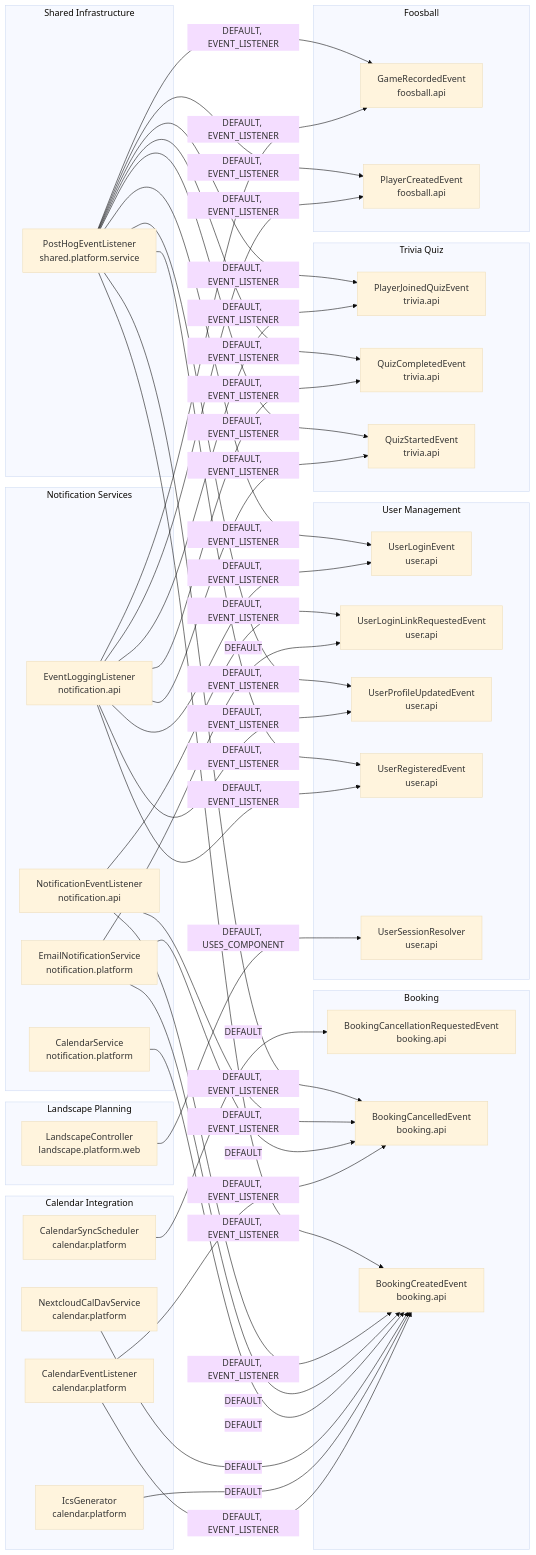
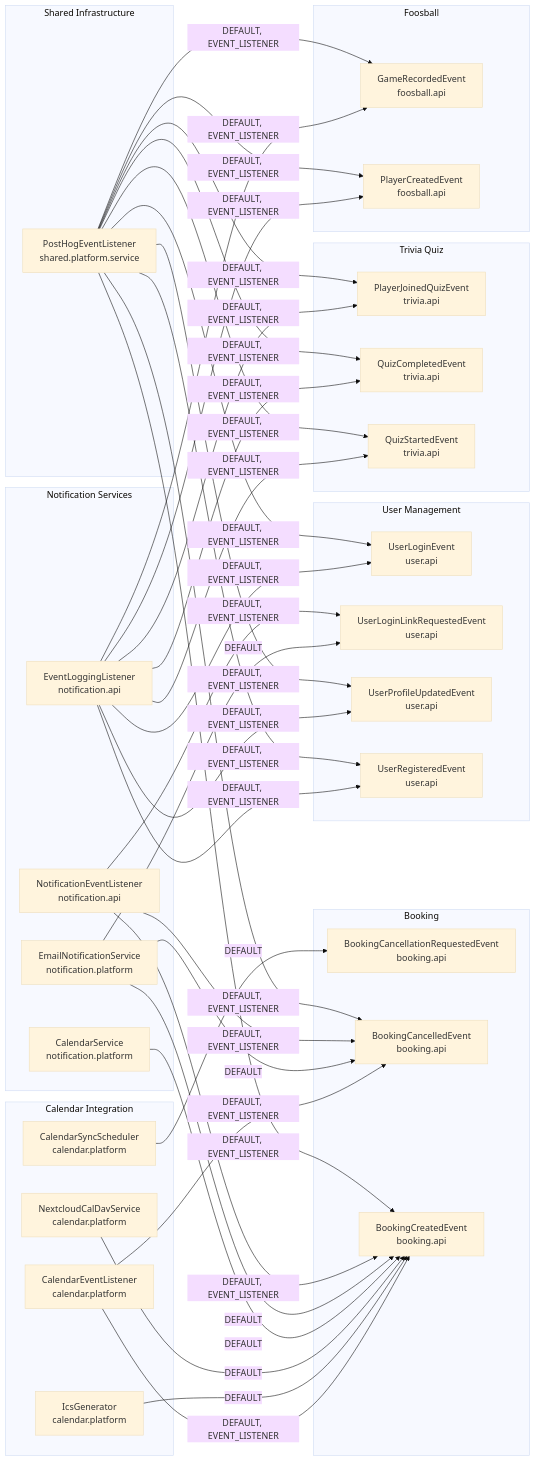
Before and after one commit to SnapPetal/PersonalWeb: the diagram in docs/modulith-class-dependencies.md, drawn with Mermaid (base theme). The commit also changed 27 other files, not shown here.

````diff
--- a/docs/modulith-class-dependencies.md
+++ b/docs/modulith-class-dependencies.md
@@ -5,73 +5,68 @@
 ```mermaid
 flowchart LR
   subgraph Booking["Booking"]
     biz_thonbecker_personal_booking_api_BookingCancellationRequestedEvent["BookingCancellationRequestedEvent<br/>booking.api"]
     biz_thonbecker_personal_booking_api_BookingCancelledEvent["BookingCancelledEvent<br/>booking.api"]
     biz_thonbecker_personal_booking_api_BookingCreatedEvent["BookingCreatedEvent<br/>booking.api"]
   end
   subgraph Calendar_Integration["Calendar Integration"]
     biz_thonbecker_personal_calendar_platform_CalendarEventListener["CalendarEventListener<br/>calendar.platform"]
     biz_thonbecker_personal_calendar_platform_CalendarSyncScheduler["CalendarSyncScheduler<br/>calendar.platform"]
     biz_thonbecker_personal_calendar_platform_IcsGenerator["IcsGenerator<br/>calendar.platform"]
     biz_thonbecker_personal_calendar_platform_NextcloudCalDavService["NextcloudCalDavService<br/>calendar.platform"]
   end
   subgraph Foosball["Foosball"]
     biz_thonbecker_personal_foosball_api_GameRecordedEvent["GameRecordedEvent<br/>foosball.api"]
     biz_thonbecker_personal_foosball_api_PlayerCreatedEvent["PlayerCreatedEvent<br/>foosball.api"]
-  end
-  subgraph Landscape_Planning["Landscape Planning"]
-    biz_thonbecker_personal_landscape_platform_web_LandscapeController["LandscapeController<br/>landscape.platform.web"]
   end
   subgraph Notification_Services["Notification Services"]
     biz_thonbecker_personal_notification_platform_CalendarService["CalendarService<br/>notification.platform"]
     biz_thonbecker_personal_notification_platform_EmailNotificationService["EmailNotificationService<br/>notification.platform"]
     biz_thonbecker_personal_notification_api_EventLoggingListener["EventLoggingListener<br/>notification.api"]
     biz_thonbecker_personal_notification_api_NotificationEventListener["NotificationEventListener<br/>notification.api"]
   end
   subgraph Shared_Infrastructure["Shared Infrastructure"]
     biz_thonbecker_personal_shared_platform_service_PostHogEventListener["PostHogEventListener<br/>shared.platform.service"]
   end
   subgraph Trivia_Quiz["Trivia Quiz"]
     biz_thonbecker_personal_trivia_api_PlayerJoinedQuizEvent["PlayerJoinedQuizEvent<br/>trivia.api"]
     biz_thonbecker_personal_trivia_api_QuizCompletedEvent["QuizCompletedEvent<br/>trivia.api"]
     biz_thonbecker_personal_trivia_api_QuizStartedEvent["QuizStartedEvent<br/>trivia.api"]
   end
   subgraph User_Management["User Management"]
     biz_thonbecker_personal_user_api_UserLoginEvent["UserLoginEvent<br/>user.api"]
     biz_thonbecker_personal_user_api_UserLoginLinkRequestedEvent["UserLoginLinkRequestedEvent<br/>user.api"]
     biz_thonbecker_personal_user_api_UserProfileUpdatedEvent["UserProfileUpdatedEvent<br/>user.api"]
     biz_thonbecker_personal_user_api_UserRegisteredEvent["UserRegisteredEvent<br/>user.api"]
-    biz_thonbecker_personal_user_api_UserSessionResolver["UserSessionResolver<br/>user.api"]
   end
   biz_thonbecker_personal_calendar_platform_CalendarEventListener -->|"DEFAULT, EVENT_LISTENER"| biz_thonbecker_personal_booking_api_BookingCancelledEvent
   biz_thonbecker_personal_calendar_platform_CalendarEventListener -->|"DEFAULT, EVENT_LISTENER"| biz_thonbecker_personal_booking_api_BookingCreatedEvent
   biz_thonbecker_personal_calendar_platform_CalendarSyncScheduler -->|"DEFAULT"| biz_thonbecker_personal_booking_api_BookingCancellationRequestedEvent
   biz_thonbecker_personal_calendar_platform_IcsGenerator -->|"DEFAULT"| biz_thonbecker_personal_booking_api_BookingCreatedEvent
   biz_thonbecker_personal_calendar_platform_NextcloudCalDavService -->|"DEFAULT"| biz_thonbecker_personal_booking_api_BookingCreatedEvent
-  biz_thonbecker_personal_landscape_platform_web_LandscapeController -->|"DEFAULT, USES_COMPONENT"| biz_thonbecker_personal_user_api_UserSessionResolver
   biz_thonbecker_personal_notification_platform_CalendarService -->|"DEFAULT"| biz_thonbecker_personal_booking_api_BookingCreatedEvent
   biz_thonbecker_personal_notification_platform_EmailNotificationService -->|"DEFAULT"| biz_thonbecker_personal_booking_api_BookingCancelledEvent
   biz_thonbecker_personal_notification_platform_EmailNotificationService -->|"DEFAULT"| biz_thonbecker_personal_booking_api_BookingCreatedEvent
   biz_thonbecker_personal_notification_api_NotificationEventListener -->|"DEFAULT, EVENT_LISTENER"| biz_thonbecker_personal_booking_api_BookingCancelledEvent
   biz_thonbecker_personal_notification_api_NotificationEventListener -->|"DEFAULT, EVENT_LISTENER"| biz_thonbecker_personal_booking_api_BookingCreatedEvent
   biz_thonbecker_personal_notification_api_EventLoggingListener -->|"DEFAULT, EVENT_LISTENER"| biz_thonbecker_personal_foosball_api_GameRecordedEvent
   biz_thonbecker_personal_notification_api_EventLoggingListener -->|"DEFAULT, EVENT_LISTENER"| biz_thonbecker_personal_foosball_api_PlayerCreatedEvent
   biz_thonbecker_personal_notification_api_EventLoggingListener -->|"DEFAULT, EVENT_LISTENER"| biz_thonbecker_personal_trivia_api_PlayerJoinedQuizEvent
   biz_thonbecker_personal_notification_api_EventLoggingListener -->|"DEFAULT, EVENT_LISTENER"| biz_thonbecker_personal_trivia_api_QuizCompletedEvent
   biz_thonbecker_personal_notification_api_EventLoggingListener -->|"DEFAULT, EVENT_LISTENER"| biz_thonbecker_personal_trivia_api_QuizStartedEvent
   biz_thonbecker_personal_notification_platform_EmailNotificationService -->|"DEFAULT"| biz_thonbecker_personal_user_api_UserLoginLinkRequestedEvent
   biz_thonbecker_personal_notification_api_EventLoggingListener -->|"DEFAULT, EVENT_LISTENER"| biz_thonbecker_personal_user_api_UserLoginEvent
   biz_thonbecker_personal_notification_api_EventLoggingListener -->|"DEFAULT, EVENT_LISTENER"| biz_thonbecker_personal_user_api_UserProfileUpdatedEvent
   biz_thonbecker_personal_notification_api_EventLoggingListener -->|"DEFAULT, EVENT_LISTENER"| biz_thonbecker_personal_user_api_UserRegisteredEvent
   biz_thonbecker_personal_notification_api_NotificationEventListener -->|"DEFAULT, EVENT_LISTENER"| biz_thonbecker_personal_user_api_UserLoginLinkRequestedEvent
   biz_thonbecker_personal_shared_platform_service_PostHogEventListener -->|"DEFAULT, EVENT_LISTENER"| biz_thonbecker_personal_booking_api_BookingCancelledEvent
   biz_thonbecker_personal_shared_platform_service_PostHogEventListener -->|"DEFAULT, EVENT_LISTENER"| biz_thonbecker_personal_booking_api_BookingCreatedEvent
   biz_thonbecker_personal_shared_platform_service_PostHogEventListener -->|"DEFAULT, EVENT_LISTENER"| biz_thonbecker_personal_foosball_api_GameRecordedEvent
   biz_thonbecker_personal_shared_platform_service_PostHogEventListener -->|"DEFAULT, EVENT_LISTENER"| biz_thonbecker_personal_foosball_api_PlayerCreatedEvent
   biz_thonbecker_personal_shared_platform_service_PostHogEventListener -->|"DEFAULT, EVENT_LISTENER"| biz_thonbecker_personal_trivia_api_PlayerJoinedQuizEvent
   biz_thonbecker_personal_shared_platform_service_PostHogEventListener -->|"DEFAULT, EVENT_LISTENER"| biz_thonbecker_personal_trivia_api_QuizCompletedEvent
   biz_thonbecker_personal_shared_platform_service_PostHogEventListener -->|"DEFAULT, EVENT_LISTENER"| biz_thonbecker_personal_trivia_api_QuizStartedEvent
   biz_thonbecker_personal_shared_platform_service_PostHogEventListener -->|"DEFAULT, EVENT_LISTENER"| biz_thonbecker_personal_user_api_UserLoginEvent
   biz_thonbecker_personal_shared_platform_service_PostHogEventListener -->|"DEFAULT, EVENT_LISTENER"| biz_thonbecker_personal_user_api_UserProfileUpdatedEvent
   biz_thonbecker_personal_shared_platform_service_PostHogEventListener -->|"DEFAULT, EVENT_LISTENER"| biz_thonbecker_personal_user_api_UserRegisteredEvent
 ```
````
